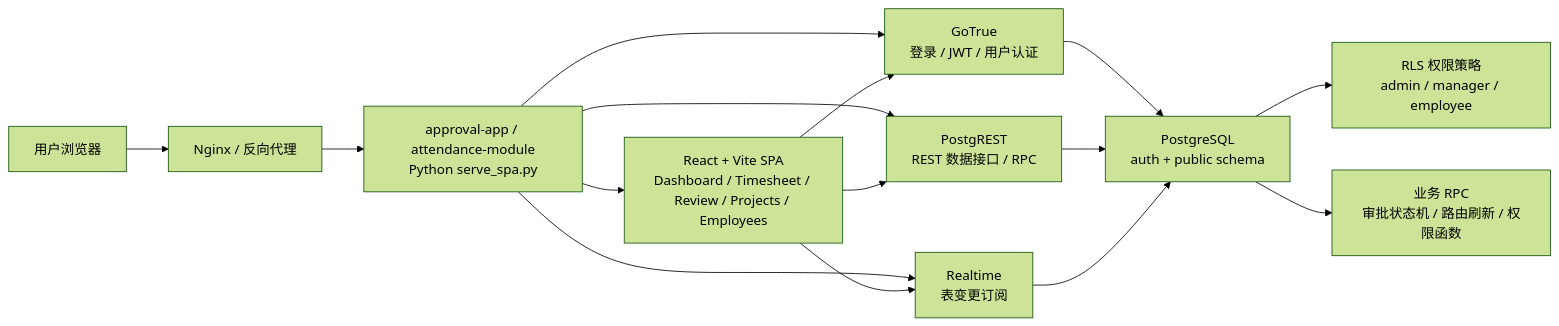
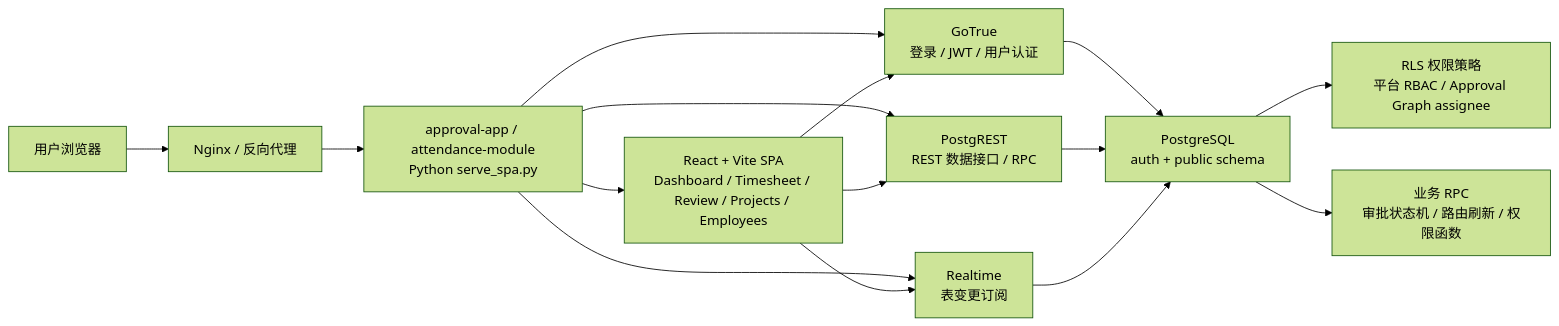
The first of 6 diagrams in PRD.md (RCHui000/attendance-module), drawn with Mermaid (forest theme) before and after one commit. The commit also changed other lines of this file and 23 other files, not shown here.

````diff
--- a/PRD.md
+++ b/PRD.md
@@ -46,21 +46,21 @@
 ```mermaid
 flowchart LR
   U["用户浏览器"] --> N["Nginx / 反向代理"]
   N --> APP["approval-app / attendance-module<br/>Python serve_spa.py"]
 
   APP --> SPA["React + Vite SPA<br/>Dashboard / Timesheet / Review / Projects / Employees"]
   APP --> AUTH["GoTrue<br/>登录 / JWT / 用户认证"]
   APP --> REST["PostgREST<br/>REST 数据接口 / RPC"]
   APP --> RT["Realtime<br/>表变更订阅"]
 
   SPA --> AUTH
   SPA --> REST
   SPA --> RT
 
   AUTH --> PG["PostgreSQL<br/>auth + public schema"]
   REST --> PG
   RT --> PG
 
-  PG --> RLS["RLS 权限策略<br/>admin / manager / employee"]
+  PG --> RLS["RLS 权限策略<br/>平台 RBAC / Approval Graph assignee"]
   PG --> RPC["业务 RPC<br/>审批状态机 / 路由刷新 / 权限函数"]
 ```
````
